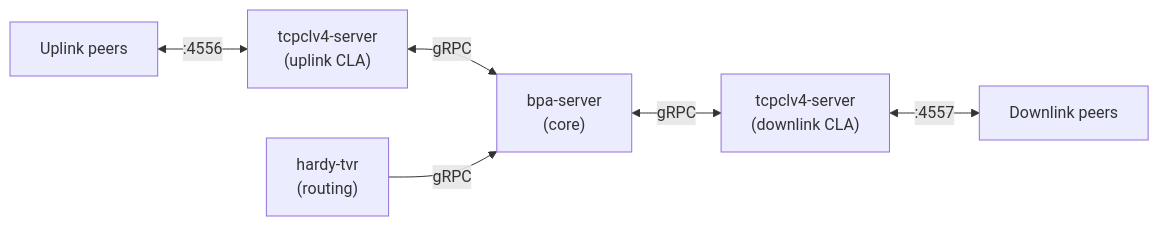
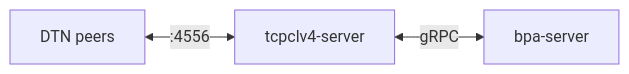
The second of 2 diagrams in docs/user-docs/getting-started/docker.md (ricktaylor/hardy), drawn with Mermaid before and after one commit. The commit also changed other lines of this file and 2 other files, not shown here.

````diff
--- a/docs/user-docs/getting-started/docker.md
+++ b/docs/user-docs/getting-started/docker.md
@@ -95,8 +122,5 @@
 ```mermaid
 graph LR
-    UP_PEERS["Uplink peers"] <-->|:4556| UPLINK["tcpclv4-server<br/>(uplink CLA)"]
-    UPLINK <-->|gRPC| BPA["bpa-server<br/>(core)"]
-    TVR["hardy-tvr<br/>(routing)"] -->|gRPC| BPA
-    BPA <-->|gRPC| DOWNLINK["tcpclv4-server<br/>(downlink CLA)"]
-    DOWNLINK <-->|:4557| DOWN_PEERS["Downlink peers"]
+    PEERS["DTN peers"] <-->|:4556| TCPCL["tcpclv4-server"]
+    TCPCL <-->|gRPC| BPA["bpa-server"]
 ```
````
